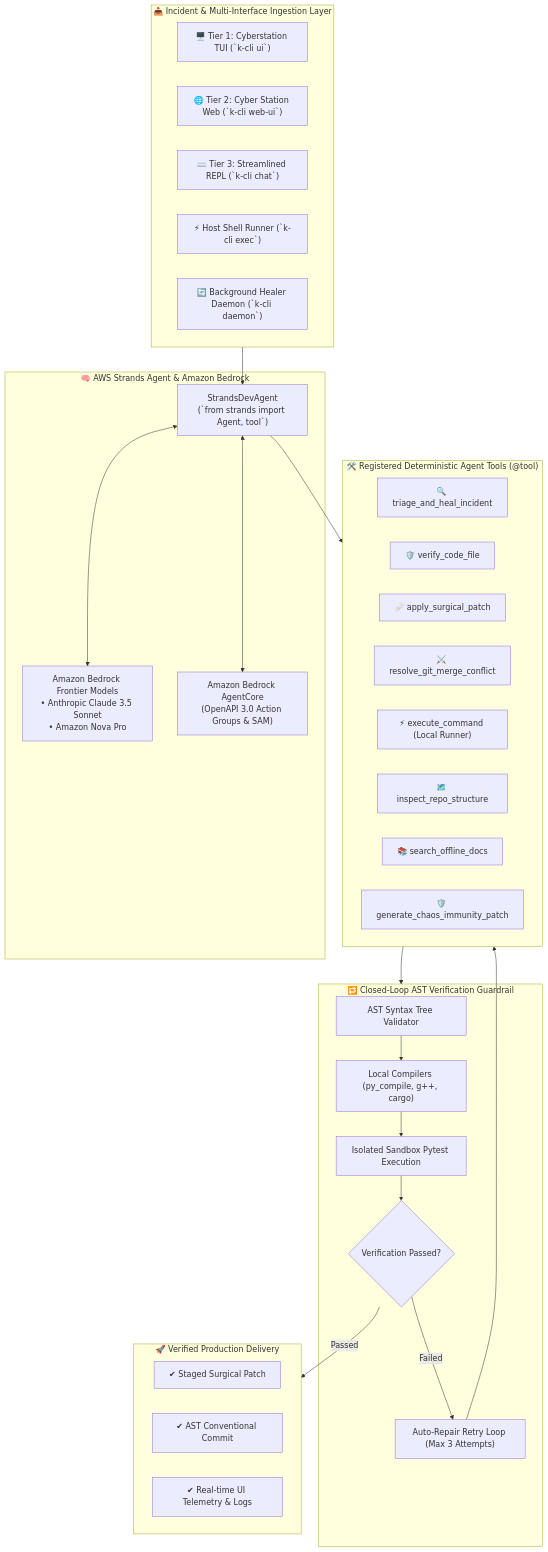
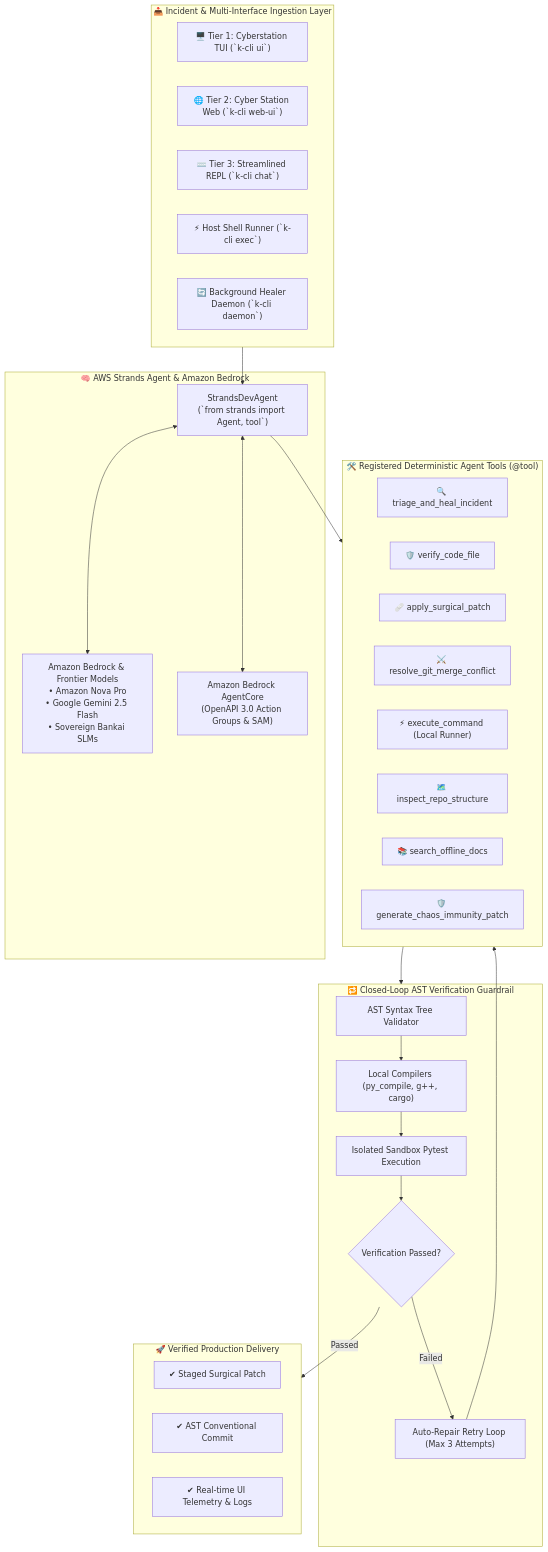
The diagram in README.md (krishivjoshi219-collab/K-Cli-for-Devs), drawn with Mermaid before and after one commit.

Commit message:
docs: update Mermaid architecture diagram with Amazon Nova Pro, Google Gemini, and Bankai models

````diff
--- a/README.md
+++ b/README.md
@@ -209,50 +209,50 @@
 ```mermaid
 flowchart TD
     subgraph Ingestion ["📥 Incident & Multi-Interface Ingestion Layer"]
         TUI["🖥️ Tier 1: Cyberstation TUI (`k-cli ui`)"]
         WEB["🌐 Tier 2: Cyber Station Web (`k-cli web-ui`)"]
         REPL["⌨️ Tier 3: Streamlined REPL (`k-cli chat`)"]
         EXEC["⚡ Host Shell Runner (`k-cli exec`)"]
         DAEMON["🔄 Background Healer Daemon (`k-cli daemon`)"]
     end
 
     subgraph AWSStrands ["🧠 AWS Strands Agent & Amazon Bedrock"]
         Agent["StrandsDevAgent\n(`from strands import Agent, tool`)"]
-        Bedrock["Amazon Bedrock Frontier Models\n• Anthropic Claude 3.5 Sonnet\n• Amazon Nova Pro"]
+        Bedrock["Amazon Bedrock & Frontier Models\n• Amazon Nova Pro\n• Google Gemini 2.5 Flash\n• Sovereign Bankai SLMs"]
         AgentCore["Amazon Bedrock AgentCore\n(OpenAPI 3.0 Action Groups & SAM)"]
         Agent <--> Bedrock
         Agent <--> AgentCore
     end
 
     subgraph Tools ["🛠️ Registered Deterministic Agent Tools (@tool)"]
         T1["🔍 triage_and_heal_incident"]
         T2["🛡️ verify_code_file"]
         T3["🩹 apply_surgical_patch"]
         T4["⚔️ resolve_git_merge_conflict"]
         T5["⚡ execute_command (Local Runner)"]
         T6["🗺️ inspect_repo_structure"]
         T7["📚 search_offline_docs"]
         T8["🛡️ generate_chaos_immunity_patch"]
     end
 
     subgraph Guardrails ["🔁 Closed-Loop AST Verification Guardrail"]
         AST["AST Syntax Tree Validator"]
         Compiler["Local Compilers (py_compile, g++, cargo)"]
         Pytest["Isolated Sandbox Pytest Execution"]
         Gate{"Verification Passed?"}
         Retry["Auto-Repair Retry Loop (Max 3 Attempts)"]
     end
 
     subgraph Delivery ["🚀 Verified Production Delivery"]
         Patch["✔ Staged Surgical Patch"]
         Commit["✔ AST Conventional Commit"]
         Output["✔ Real-time UI Telemetry & Logs"]
     end
 
     Ingestion --> Agent
     Agent --> Tools
     Tools --> Guardrails
     AST --> Compiler --> Pytest --> Gate
     Gate -- "Failed" --> Retry --> Tools
     Gate -- "Passed" --> Delivery
 ```
````
